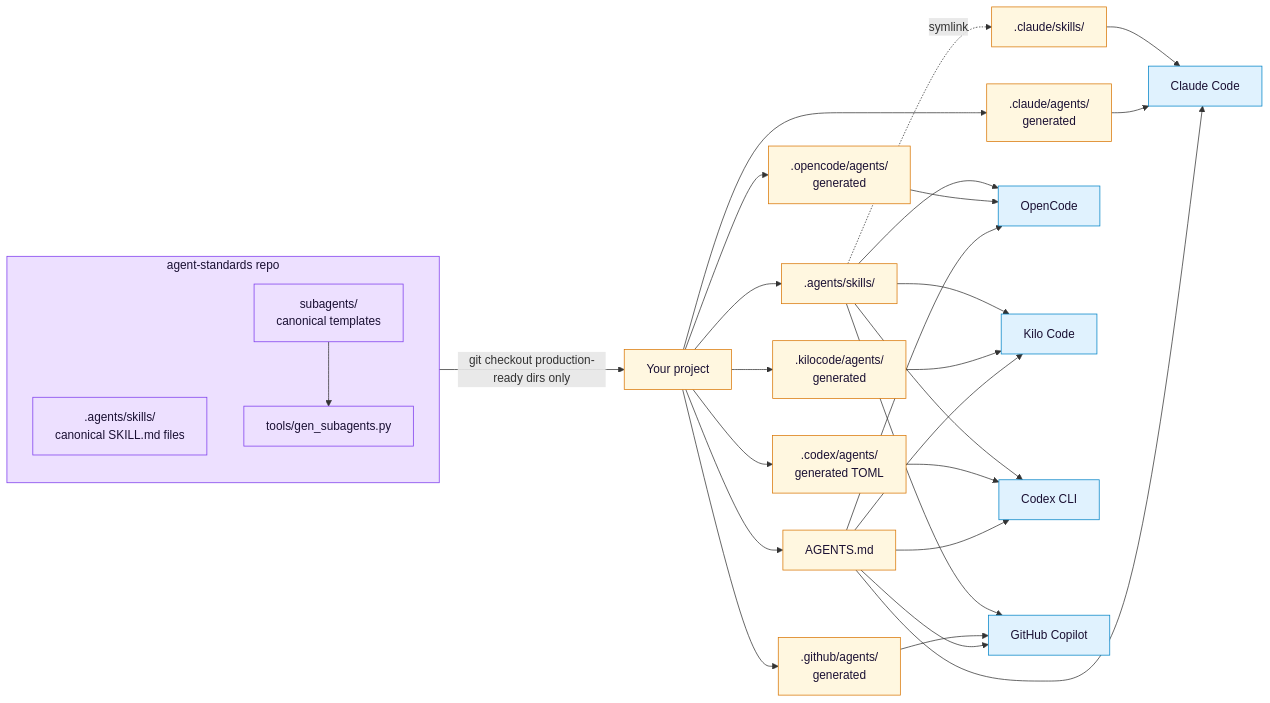
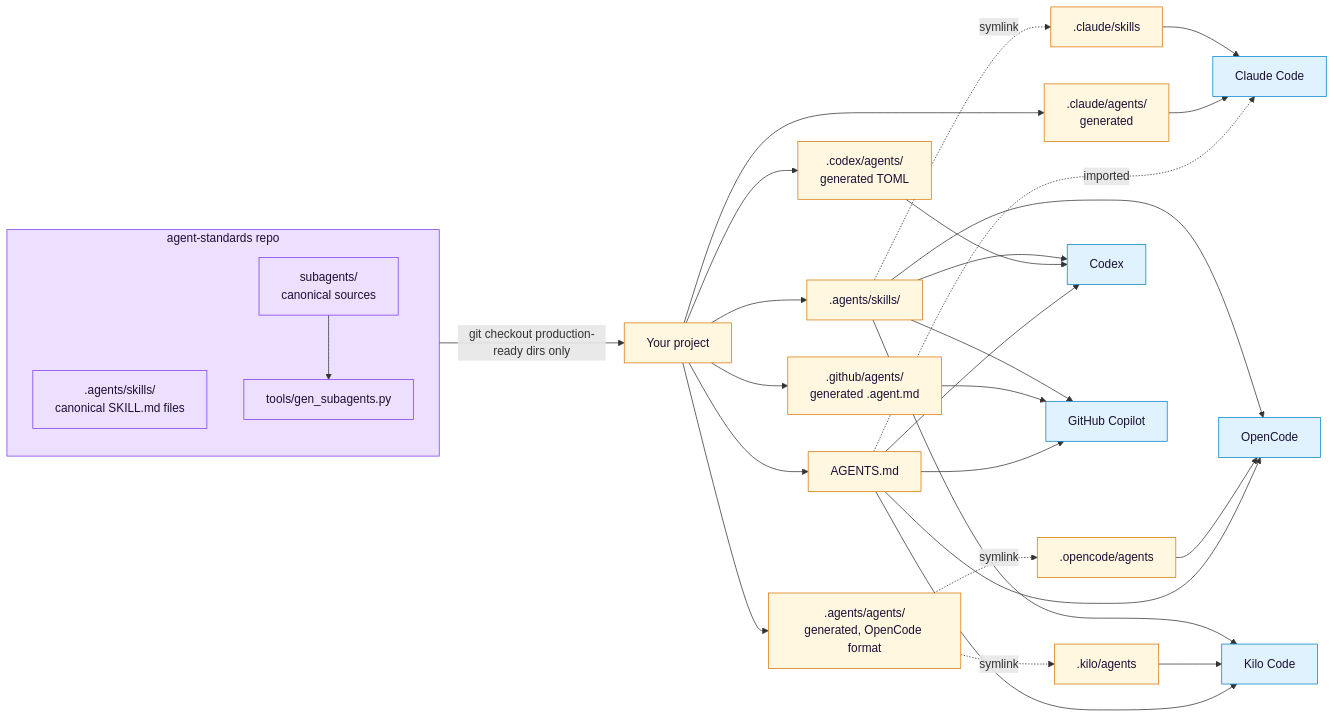
Before and after one commit to Lukk17/agent-standards: the diagram in README.md, drawn with Mermaid. The commit also changed other lines of this file and 240 other files, not shown here.

First line of the commit message:
feat(gate): enforce skills and delegation with pre-tool hooks on every agent

````diff
--- a/README.md
+++ b/README.md
@@ -81,40 +421,41 @@
 ```mermaid
 graph LR
     subgraph AS[agent-standards repo]
       ASK[.agents/skills/<br/>canonical SKILL.md files]
-      SU[subagents/<br/>canonical templates]
+      SU[subagents/<br/>canonical sources]
       GEN[tools/gen_subagents.py]
       SU --> GEN
     end
     AS -->|git checkout production-ready dirs only| P[Your project]
     P --> SK[.agents/skills/]
+    P --> OA[.agents/agents/<br/>generated, OpenCode format]
     P --> CA[.claude/agents/<br/>generated]
-    P --> OA[.opencode/agents/<br/>generated]
-    P --> KA[.kilocode/agents/<br/>generated]
     P --> CXA[.codex/agents/<br/>generated TOML]
-    P --> GH[.github/agents/<br/>generated]
+    P --> GH[.github/agents/<br/>generated .agent.md]
     P --> AG[AGENTS.md]
-    SK -.symlink.-> CL[.claude/skills/]
+    SK -.symlink.-> CL[.claude/skills]
+    OA -.symlink.-> OCL[.opencode/agents]
+    OA -.symlink.-> KIL[.kilo/agents]
     CL --> Claude[Claude Code]
     SK --> OpenCode[OpenCode]
     SK --> Kilo[Kilo Code]
-    SK --> Codex[Codex CLI]
+    SK --> Codex[Codex]
     SK --> Copilot[GitHub Copilot]
+    OCL --> OpenCode
+    KIL --> Kilo
     CA --> Claude
-    OA --> OpenCode
-    KA --> Kilo
     CXA --> Codex
     GH --> Copilot
-    AG --> Claude
     AG --> OpenCode
     AG --> Kilo
     AG --> Codex
     AG --> Copilot
+    AG -.imported.-> Claude
 
     classDef src fill:#ede0ff,stroke:#7c3aed,color:#1a1033
     classDef consumer fill:#fff7e0,stroke:#d97706,color:#1a1033
     classDef tool fill:#e0f2fe,stroke:#0284c7,color:#1a1033
     class AS,ASK,SU,GEN src
-    class P,SK,CA,OA,KA,CXA,GH,AG,CL consumer
+    class P,SK,CA,OA,CXA,GH,AG,CL,OCL,KIL consumer
     class Claude,Kilo,OpenCode,Codex,Copilot tool
 ```
````
